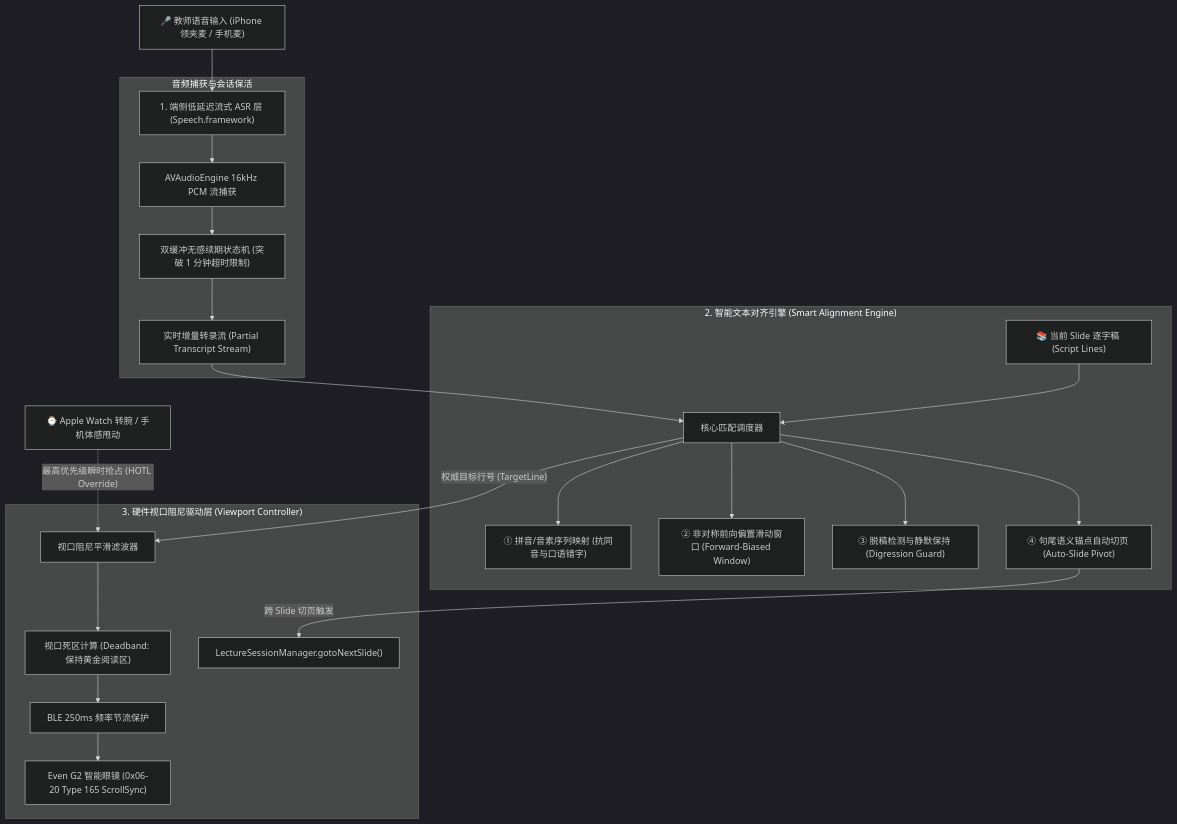
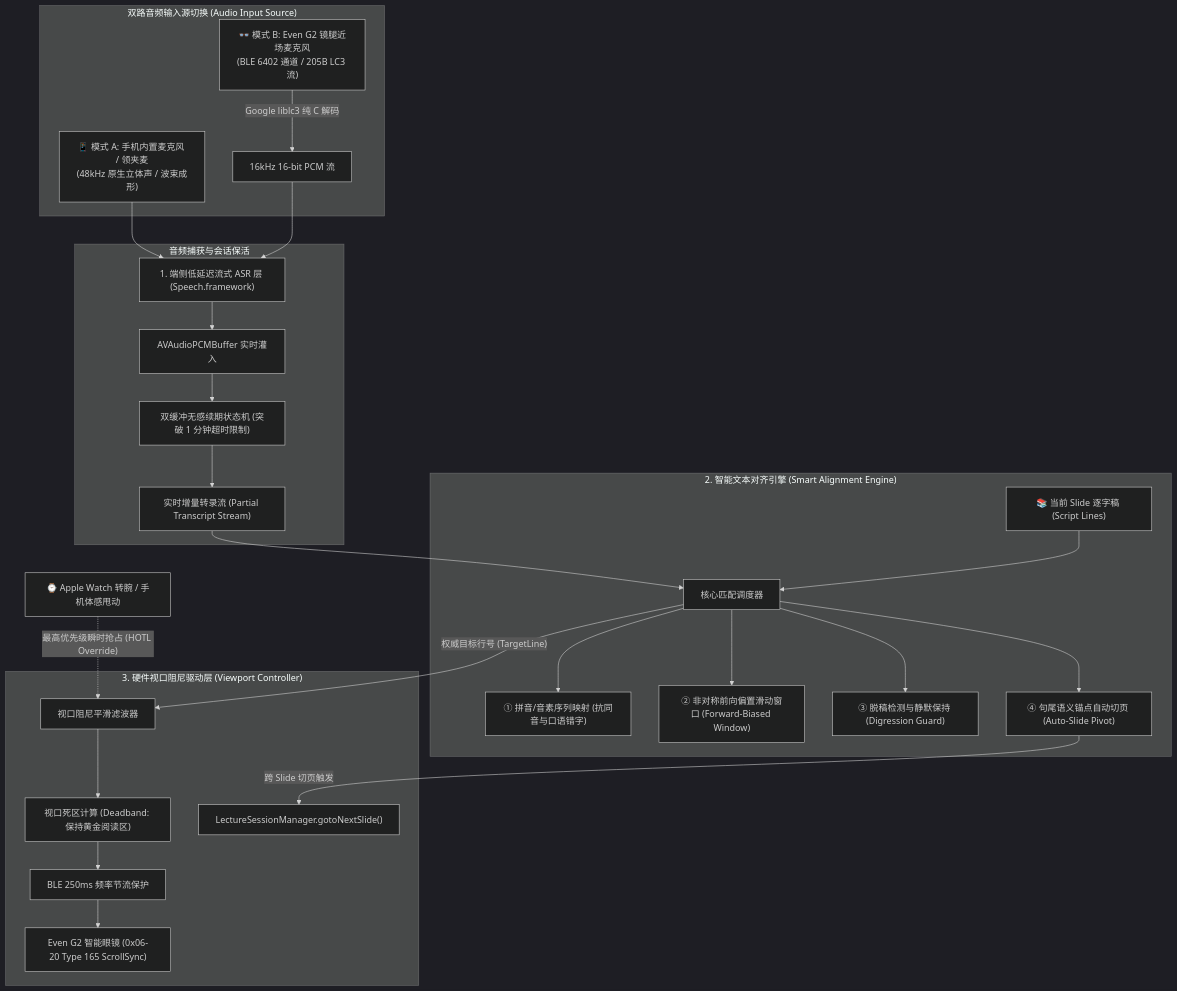
One commit to havvk/even-g2-smart-classroom changed the first of 3 diagrams in docs/AI_Speech_Follow_Teleprompter_Design.md. Above: the diagram before and after it, drawn with Mermaid (dark theme). The commit also changed other lines of this file and 189 other files, not shown here.

First line of the commit message:
feat: complete Even G2 AI speech follow teleprompter with dual audio sources and LC3 decoding

````diff
--- a/docs/AI_Speech_Follow_Teleprompter_Design.md
+++ b/docs/AI_Speech_Follow_Teleprompter_Design.md
@@ -27,30 +27,37 @@
 ```mermaid
 graph TD
-    A["🎤 教师语音输入 (iPhone 领夹麦 / 手机麦)"] --> B["1. 端侧低延迟流式 ASR 层 (Speech.framework)"]
+    subgraph Audio_Source_Switch ["双路音频输入源切换 (Audio Input Source)"]
+        A1["📱 模式 A: 手机内置麦克风 / 领夹麦\n(48kHz 原生立体声 / 波束成形)"]
+        A2["👓 模式 B: Even G2 镜腿近场麦克风\n(BLE 6402 通道 / 205B LC3 流)"]
+        A2 -->|Google liblc3 纯 C 解码| A3["16kHz 16-bit PCM 流"]
+    end
+
+    A1 --> B["1. 端侧低延迟流式 ASR 层 (Speech.framework)"]
+    A3 --> B
     
     subgraph ASR_Layer ["音频捕获与会话保活"]
-        B --> B1["AVAudioEngine 16kHz PCM 流捕获"]
+        B --> B1["AVAudioPCMBuffer 实时灌入"]
         B1 --> B2["双缓冲无感续期状态机 (突破 1 分钟超时限制)"]
         B2 --> B3["实时增量转录流 (Partial Transcript Stream)"]
     end
 
     subgraph Alignment_Layer ["2. 智能文本对齐引擎 (Smart Alignment Engine)"]
         B3 --> C["核心匹配调度器"]
         D["📚 当前 Slide 逐字稿 (Script Lines)"] --> C
         
         C --> C1["① 拼音/音素序列映射 (抗同音与口语错字)"]
         C --> C2["② 非对称前向偏置滑动窗口 (Forward-Biased Window)"]
         C --> C3["③ 脱稿检测与静默保持 (Digression Guard)"]
         C --> C4["④ 句尾语义锚点自动切页 (Auto-Slide Pivot)"]
     end
 
     subgraph Viewport_Layer ["3. 硬件视口阻尼驱动层 (Viewport Controller)"]
         C -->|"权威目标行号 (TargetLine)"| E["视口阻尼平滑滤波器"]
         E --> E1["视口死区计算 (Deadband: 保持黄金阅读区)"]
         E1 --> E2["BLE 250ms 频率节流保护"]
         E2 --> F["Even G2 智能眼镜 (0x06-20 Type 165 ScrollSync)"]
         C4 -->|"跨 Slide 切页触发"| G["LectureSessionManager.gotoNextSlide()"]
     end
 
     H["⌚️ Apple Watch 转腕 / 手机体感甩动"] -.->|"最高优先级瞬时抢占 (HOTL Override)"| E
 ```
````
